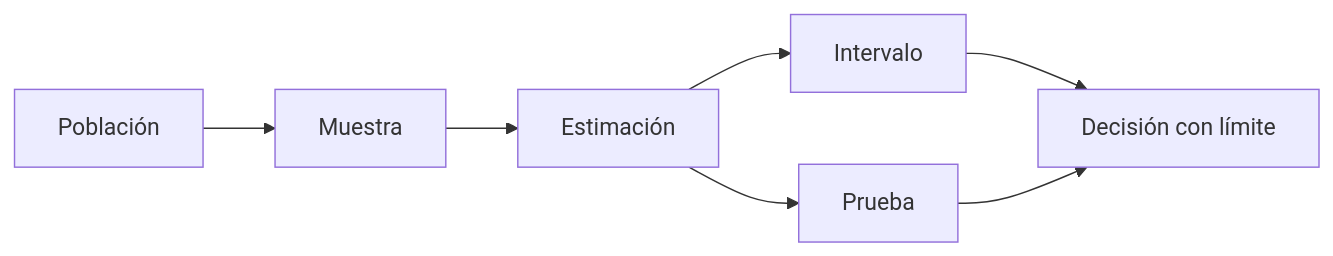
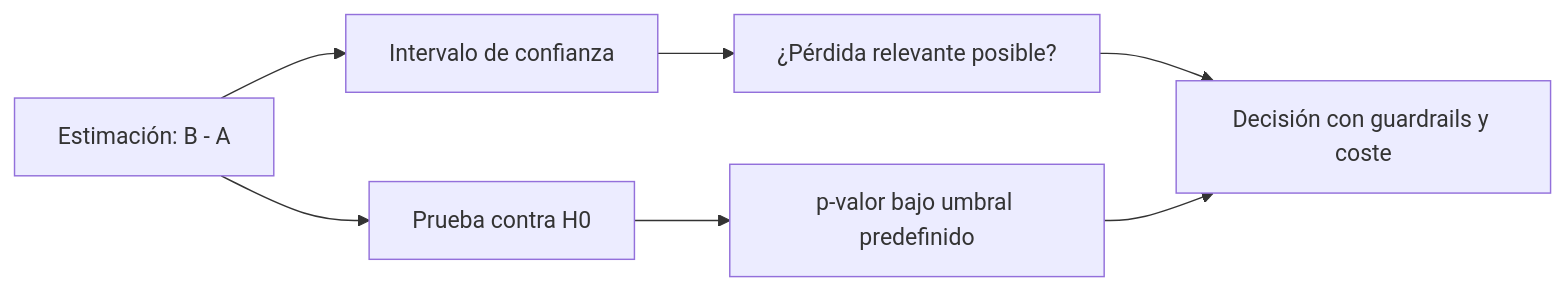
The diagram in curso/08-estadistica/lecciones/04-intervalos-y-pruebas.md (Ayhur/CursoAnalista), drawn with Mermaid before and after one commit. The commit also changed other lines of this file and 12 other files, not shown here.

````diff
--- a/curso/08-estadistica/lecciones/04-intervalos-y-pruebas.md
+++ b/curso/08-estadistica/lecciones/04-intervalos-y-pruebas.md
@@ -11,9 +21,9 @@
 ```mermaid
 flowchart LR
- A[Población] --> B[Muestra]
- B --> C[Estimación]
- C --> D[Intervalo]
- C --> E[Prueba]
- D --> F[Decisión con límite]
+ A[Estimación: B - A] --> B[Intervalo de confianza]
+ A --> C[Prueba contra H0]
+ B --> D[¿Pérdida relevante posible?]
+ C --> E[p-valor bajo umbral predefinido]
+ D --> F[Decisión con guardrails y coste]
  E --> F
 ```
````
